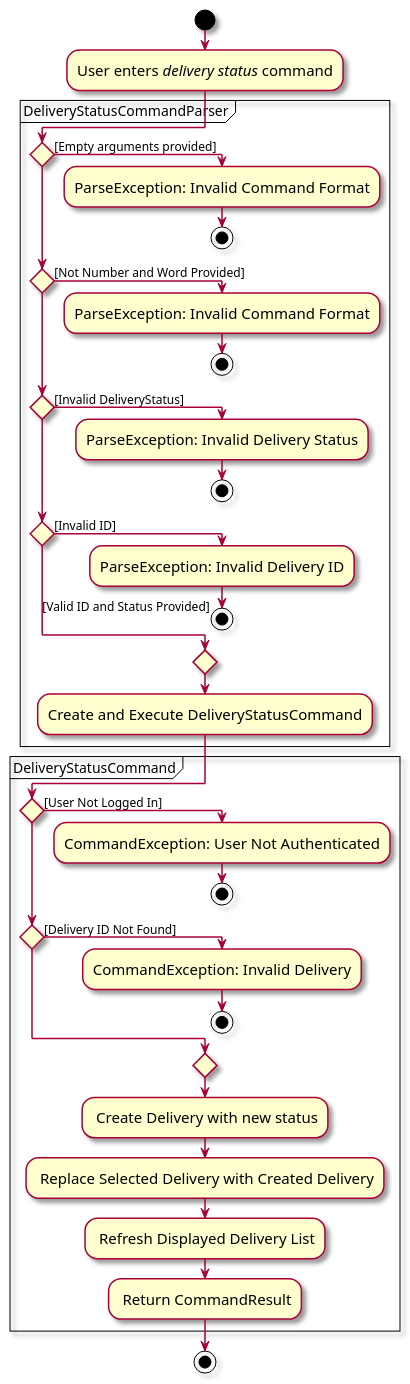
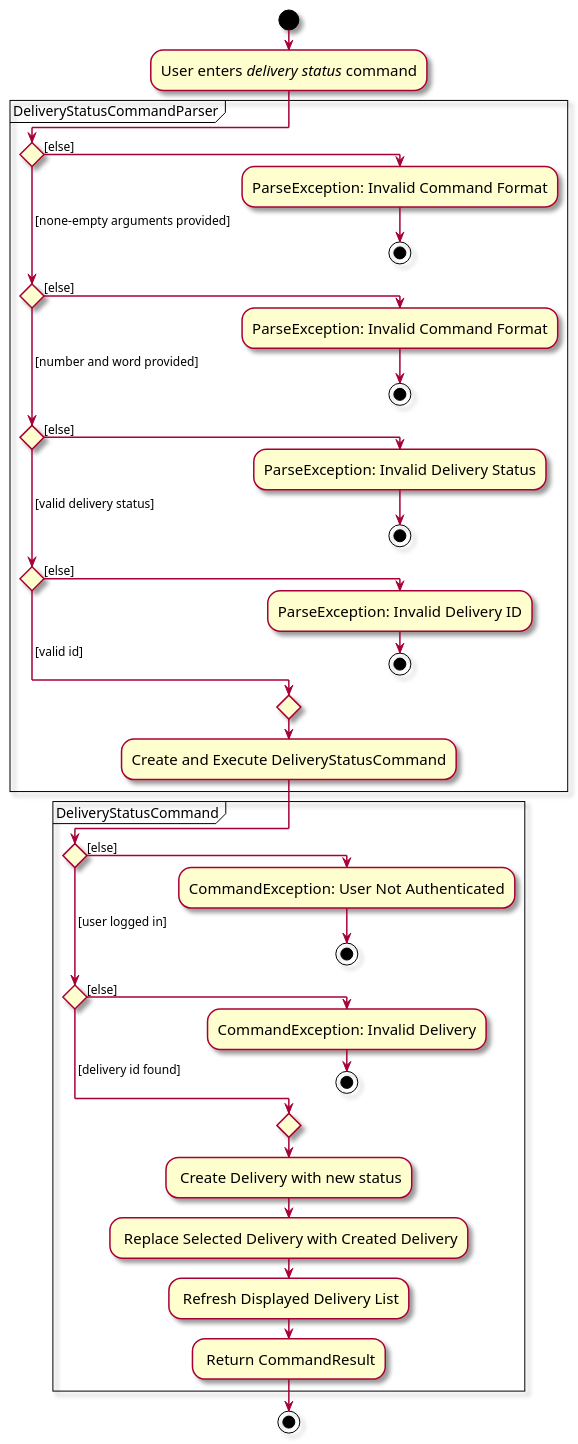
Before and after one commit to zhonghan721/tp: the diagram in docs/diagrams/DeliveryStatusCommandActivityDiagram.puml, drawn with PlantUML.

Commit message:
Modify DeliveryStatusCommandActivityDiagram.puml to follow formatting
Include conditions for all paths.

```diff
--- a/docs/diagrams/DeliveryStatusCommandActivityDiagram.puml
+++ b/docs/diagrams/DeliveryStatusCommandActivityDiagram.puml
@@ -1,47 +1,47 @@
 @startuml
 skin rose
 skinparam ActivityFontSize 15
 skinparam ArrowFontSize 12
 
 !pragma useVerticalIf on
 start
 :User enters <i>delivery status</i> command;
 partition DeliveryStatusCommandParser {
-    if () then ([Empty arguments provided])
+    if () then ([else])
         :ParseException: Invalid Command Format;
         stop
-    elseif () then ([Not Number and Word Provided])
+    ( [none-empty arguments provided]) elseif () then ([else])
         :ParseException: Invalid Command Format;
         stop
-    elseif () then ([Invalid DeliveryStatus])
+    ( [number and word provided]) elseif () then ([else])
         :ParseException: Invalid Delivery Status;
         stop
-    elseif () then ([Invalid ID])
+    ( [valid delivery status]) elseif () then ([else])
         :ParseException: Invalid Delivery ID;
          stop
-    else ([Valid ID and Status Provided])
+    else ( [valid id])
     endif
     :Create and Execute DeliveryStatusCommand;
 }
 
 partition DeliveryStatusCommand {
-    if () then ([User Not Logged In])
+    if () then ([else])
         :CommandException: User Not Authenticated;
         stop
-    elseif () then ([Delivery ID Not Found])
+    ( [user logged in]) elseif () then ([else])
         :CommandException: Invalid Delivery;
         stop
-    else ()
+    else ( [delivery id found])
     endif
     : Create Delivery with new status;
     : Replace Selected Delivery with Created Delivery;
     : Refresh Displayed Delivery List;
     : Return CommandResult;
 }
 
 
 
 
 stop
 
 @enduml
```
